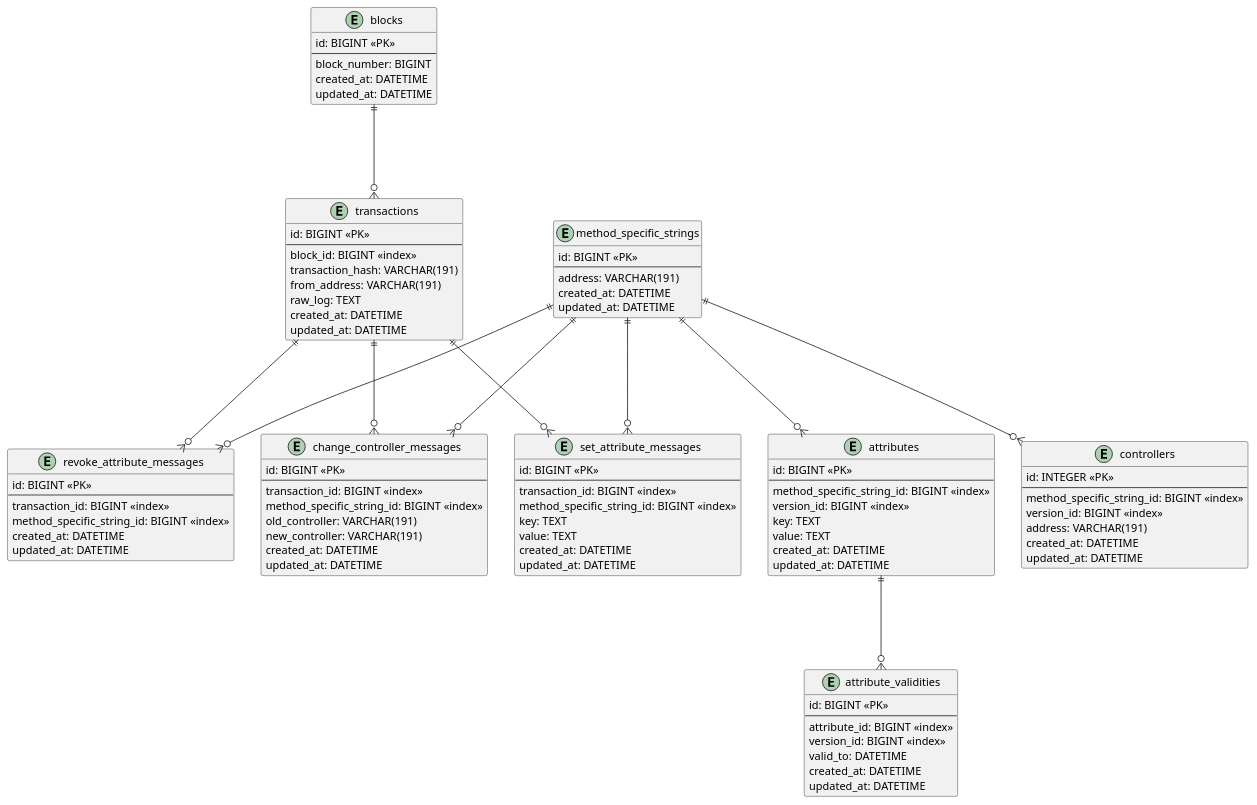
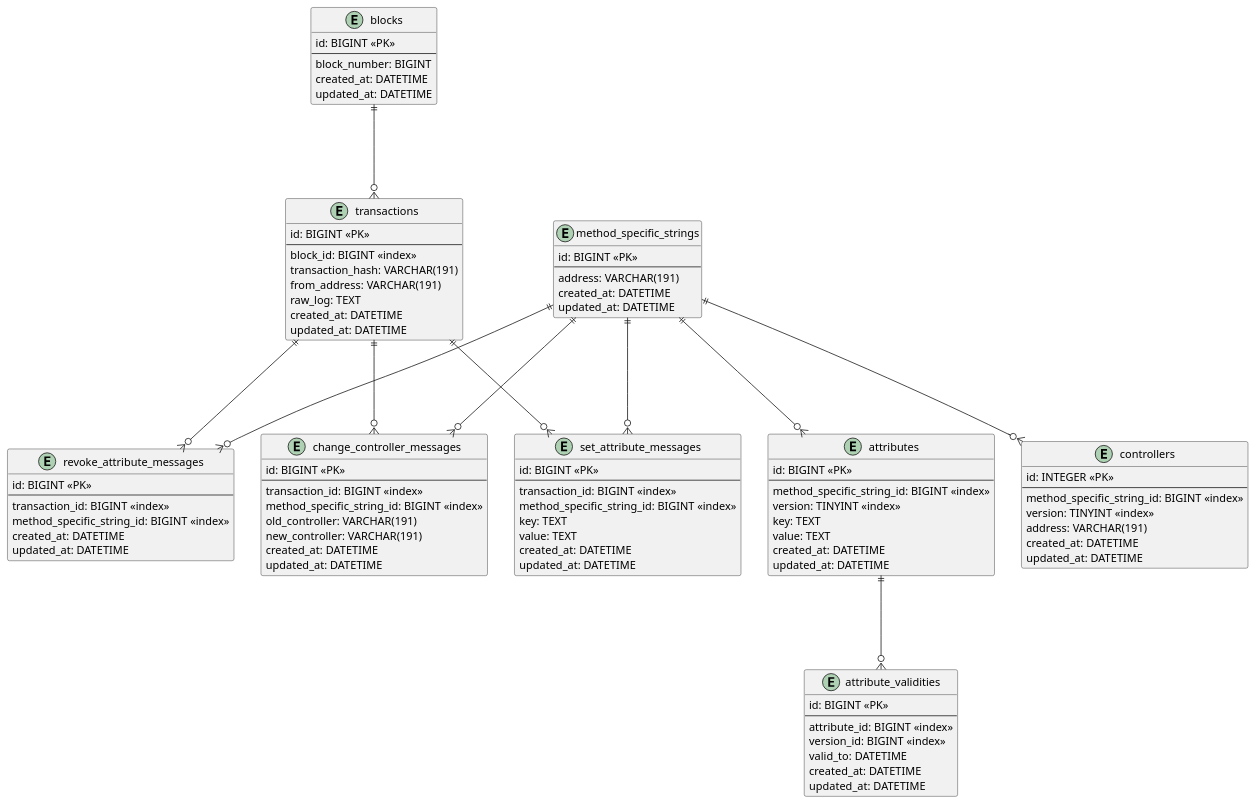
Before and after one commit to EG-easy/grano-did-exporter: the diagram in docs/database.pu, drawn with PlantUML.

Commit message:
update uml

```diff
--- a/docs/database.pu
+++ b/docs/database.pu
@@ -1,105 +1,105 @@
 @startuml
 
 entity blocks {
   id: BIGINT <<PK>>
   --
   block_number: BIGINT
   created_at: DATETIME
   updated_at: DATETIME
 }
 
 entity transactions {
   id: BIGINT <<PK>>
   --
   block_id: BIGINT <<index>>
   transaction_hash: VARCHAR(191)
   from_address: VARCHAR(191)
   raw_log: TEXT
   created_at: DATETIME
   updated_at: DATETIME
 }
 
 entity method_specific_strings {
   id: BIGINT <<PK>>
   --
   address: VARCHAR(191)
   created_at: DATETIME
   updated_at: DATETIME
 }
 
 entity change_controller_messages {
   id: BIGINT <<PK>>
   --
   transaction_id: BIGINT <<index>>
   method_specific_string_id: BIGINT <<index>>
   old_controller: VARCHAR(191)
   new_controller: VARCHAR(191)
   created_at: DATETIME
   updated_at: DATETIME
 }
 
 entity set_attribute_messages {
   id: BIGINT <<PK>>
   --
   transaction_id: BIGINT <<index>>
   method_specific_string_id: BIGINT <<index>>
   key: TEXT
   value: TEXT
   created_at: DATETIME
   updated_at: DATETIME
 }
 
 entity revoke_attribute_messages {
   id: BIGINT <<PK>>
   --
   transaction_id: BIGINT <<index>>
   method_specific_string_id: BIGINT <<index>>
   created_at: DATETIME
   updated_at: DATETIME
 }
 
 entity controllers { 
   id: INTEGER <<PK>>
   --
   method_specific_string_id: BIGINT <<index>>
-  version_id: BIGINT <<index>>
+  version: TINYINT <<index>>
   address: VARCHAR(191)
   created_at: DATETIME
   updated_at: DATETIME
 }
 
 entity attributes {
   id: BIGINT <<PK>>
   --
   method_specific_string_id: BIGINT <<index>>
-  version_id: BIGINT <<index>>
+  version: TINYINT <<index>>
   key: TEXT
   value: TEXT
   created_at: DATETIME
   updated_at: DATETIME
 }
 
 entity attribute_validities {
   id: BIGINT <<PK>>
   --
   attribute_id: BIGINT <<index>>
   version_id: BIGINT <<index>>
   valid_to: DATETIME
   created_at: DATETIME
   updated_at: DATETIME
 }
 
 blocks ||---o{ transactions
 transactions ||---o{ change_controller_messages
 transactions ||---o{ set_attribute_messages
 transactions ||---o{ revoke_attribute_messages
 
 method_specific_strings ||---o{ change_controller_messages
 method_specific_strings ||---o{ set_attribute_messages
 method_specific_strings ||---o{ revoke_attribute_messages
 
 method_specific_strings ||---o{ controllers
 method_specific_strings ||---o{ attributes
 attributes ||---o{ attribute_validities
 
 @enduml
```
